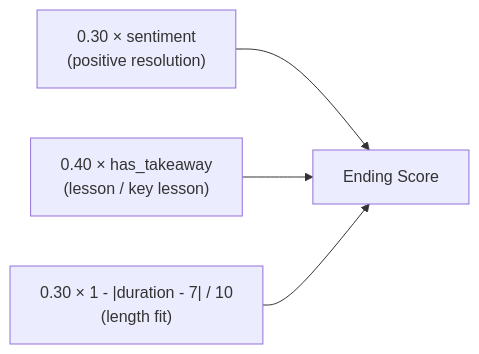
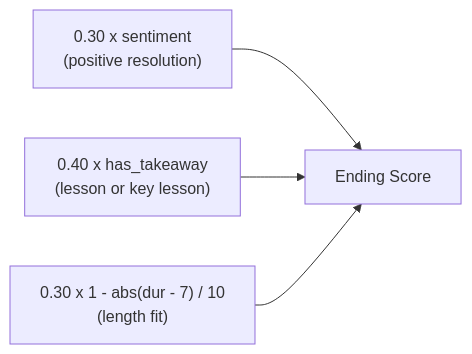
Diagram 22 of 24 in README.md (samm329-ui/Trimora), drawn with Mermaid before and after one commit. The commit also changed other lines of this file, not shown here.

Commit message:
docs: comprehensive README with Mermaid diagrams for the engine pipeline

````diff
--- a/README.md
+++ b/README.md
@@ -688,7 +719,9 @@
 ```mermaid
 flowchart LR
-    E1["0.30 × sentiment<br/>(positive resolution)"]
-    E2["0.40 × has_takeaway<br/>(lesson / key lesson)"]
-    E3["0.30 × 1 - |duration - 7| / 10<br/>(length fit)"]
-    E1 & E2 & E3 --> E_TOTAL["Ending Score"]
+    E1["0.30 x sentiment<br/>(positive resolution)"]
+    E2["0.40 x has_takeaway<br/>(lesson or key lesson)"]
+    E3["0.30 x 1 - abs(dur - 7) / 10<br/>(length fit)"]
+    E1 --> E_TOTAL["Ending Score"]
+    E2 --> E_TOTAL
+    E3 --> E_TOTAL
 ```
````
